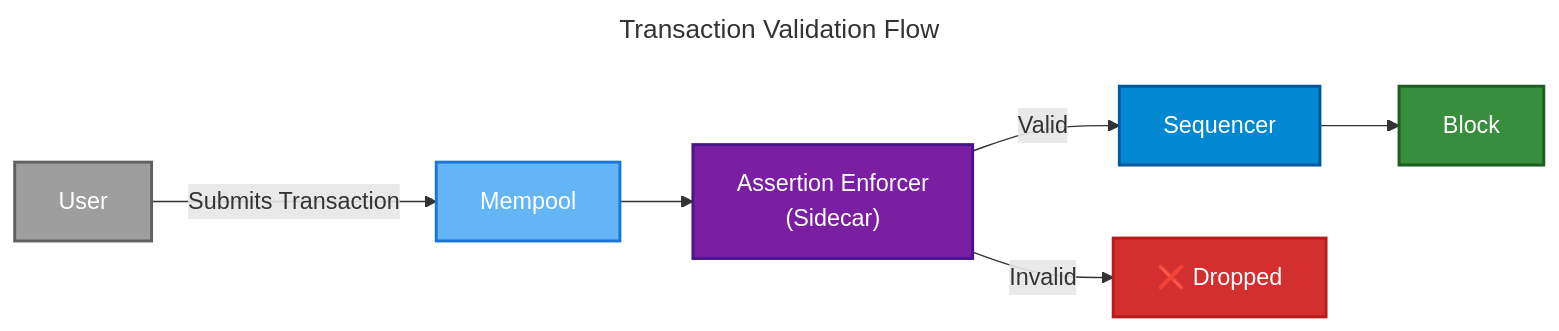
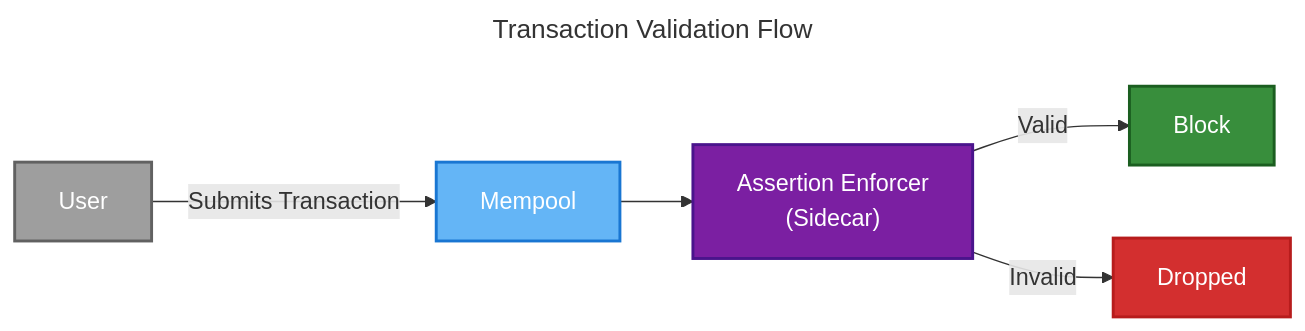
One commit to phylaxsystems/phylax-docs changed the second of 3 diagrams in credible/architecture-overview.mdx. Above: the diagram before and after it, drawn with Mermaid. The commit also changed other lines of this file, not shown here.

Commit message:
implement feedback for diagrams

````diff
--- a/credible/architecture-overview.mdx
+++ b/credible/architecture-overview.mdx
@@ -114,27 +115,23 @@
 ```mermaid
 ---
 title: Transaction Validation Flow
 ---
 flowchart LR
     USER["User"] -->|"Submits Transaction"| MP["Mempool"]
     MP --> SIDECAR["Assertion Enforcer<br/>(Sidecar)"]
 
-    SIDECAR -->|"Valid"| SEQ["Sequencer"]
-    SIDECAR -->|"Invalid"| DROP["❌ Dropped"]
-
-    SEQ --> BLOCK["Block"]
+    SIDECAR -->|"Valid"| BLOCK["Block"]
+    SIDECAR -->|"Invalid"| DROP["Dropped"]
 
     classDef user fill:#9e9e9e,stroke:#616161,stroke-width:2px,color:#fff
     classDef mempool fill:#64b5f6,stroke:#1976d2,stroke-width:2px,color:#fff
     classDef sidecar fill:#7b1fa2,stroke:#4a148c,stroke-width:2px,color:#fff
-    classDef sequencer fill:#0288d1,stroke:#01579b,stroke-width:2px,color:#fff
     classDef valid fill:#388e3c,stroke:#1b5e20,stroke-width:2px,color:#fff
     classDef invalid fill:#d32f2f,stroke:#b71c1c,stroke-width:2px,color:#fff
 
     class USER user
     class MP mempool
     class SIDECAR sidecar
-    class SEQ sequencer
     class BLOCK valid
     class DROP invalid
 ```
````
